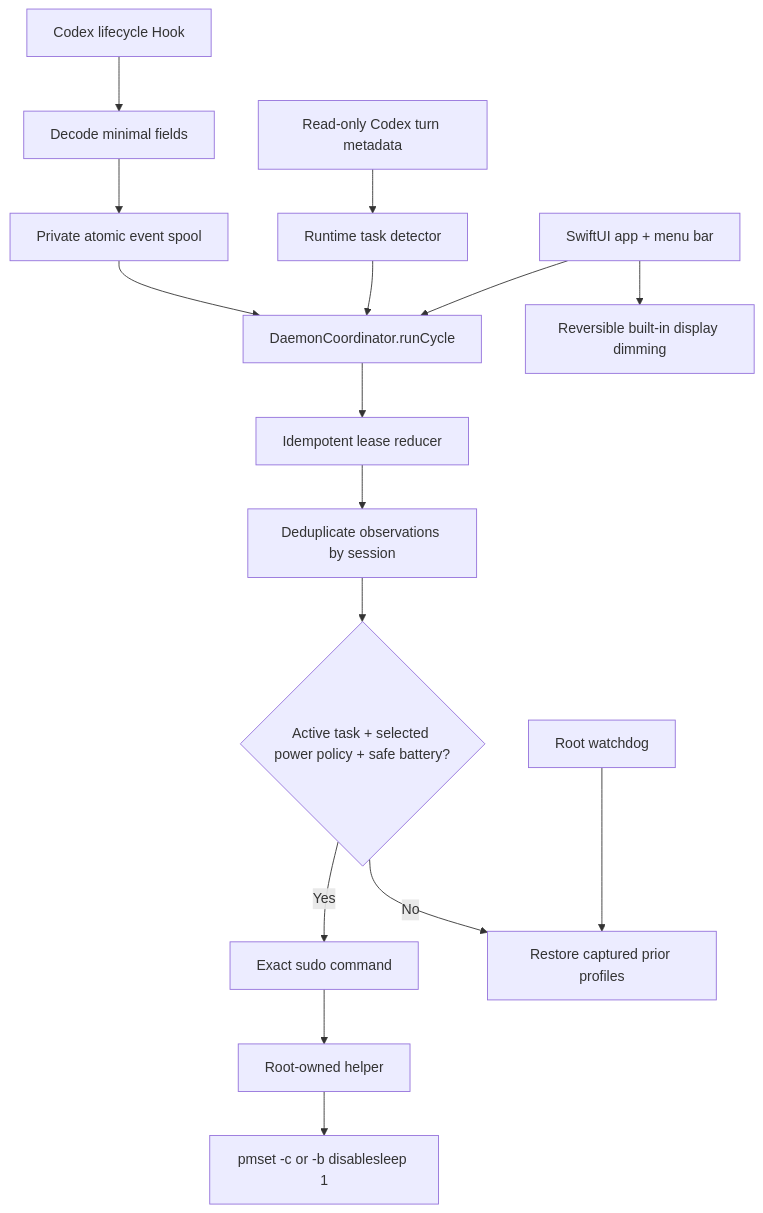
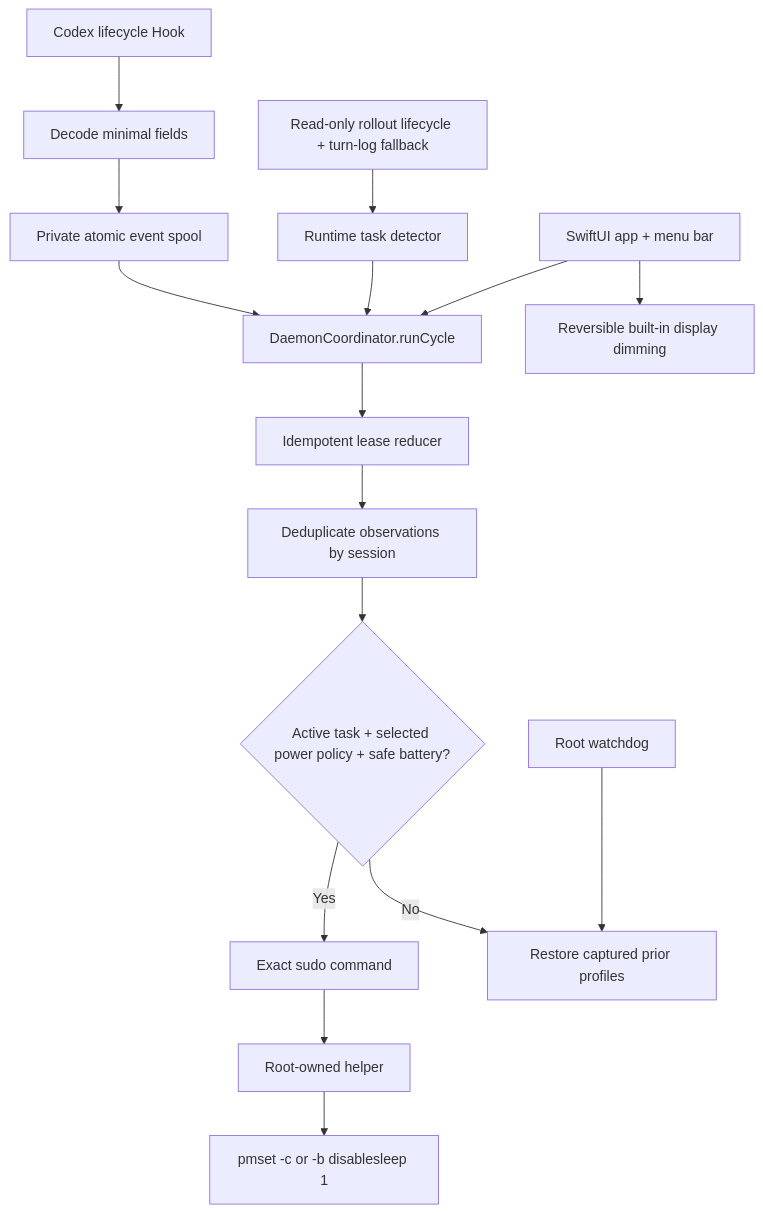
Before and after one commit to Apex-Studio-He/codex-lid-keeper: the diagram in docs/ARCHITECTURE.md, drawn with Mermaid. The commit also changed other lines of this file and 10 other files, not shown here.

First line of the commit message:
Fix delayed Codex task counting (#4)

````diff
--- a/docs/ARCHITECTURE.md
+++ b/docs/ARCHITECTURE.md
@@ -19,18 +19,18 @@
 ```mermaid
 flowchart TD
     A["Codex lifecycle Hook"] --> B["Decode minimal fields"]
     B --> C["Private atomic event spool"]
     C --> D["DaemonCoordinator.runCycle"]
-    N["Read-only Codex turn metadata"] --> O["Runtime task detector"]
+    N["Read-only rollout lifecycle + turn-log fallback"] --> O["Runtime task detector"]
     O --> D
     D --> E["Idempotent lease reducer"]
     E --> P["Deduplicate observations by session"]
     P --> F{"Active task + selected power policy + safe battery?"}
     F -- "Yes" --> G["Exact sudo command"]
     G --> H["Root-owned helper"]
     H --> I["pmset -c or -b disablesleep 1"]
     F -- "No" --> J["Restore captured prior profiles"]
     K["Root watchdog"] --> J
     L["SwiftUI app + menu bar"] --> D
     L --> M["Reversible built-in display dimming"]
 ```
````
